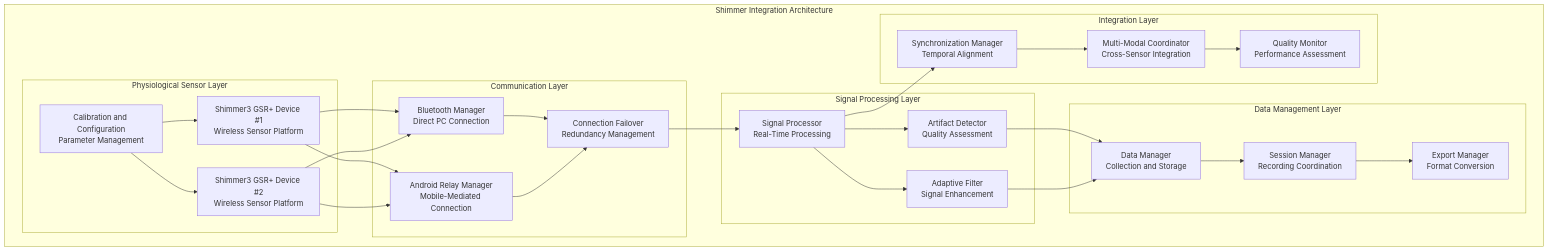
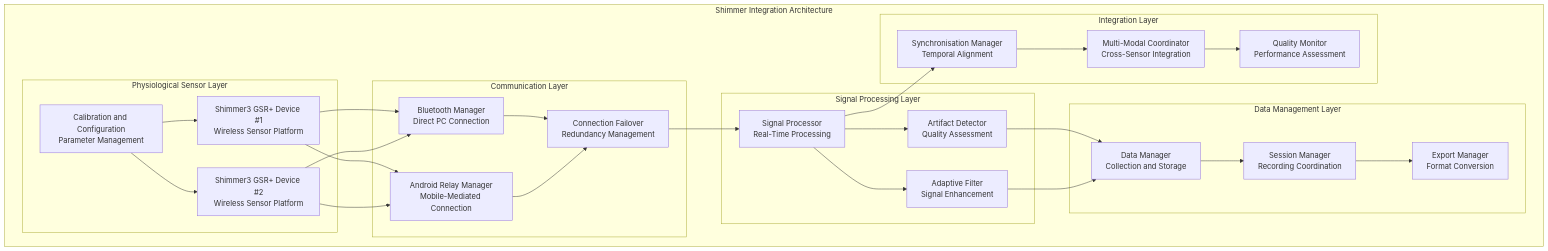
One commit to buccancs/fyp-multi-sensor-recording-system changed the diagram in docs/module_deep_dive/shimmer_integration_readme.md. Above: the diagram before and after it, drawn with Mermaid. The commit also changed other lines of this file and 56 other files, not shown here.

````diff
--- a/docs/module_deep_dive/shimmer_integration_readme.md
+++ b/docs/module_deep_dive/shimmer_integration_readme.md
@@ -66,58 +66,58 @@
 ```mermaid
 graph TB
     subgraph "Shimmer Integration Architecture"
         subgraph "Physiological Sensor Layer"
             S1[Shimmer3 GSR+ Device #1<br/>Wireless Sensor Platform]
             S2[Shimmer3 GSR+ Device #2<br/>Wireless Sensor Platform]
             CAL[Calibration and Configuration<br/>Parameter Management]
         end
         
         subgraph "Communication Layer"
             BT[Bluetooth Manager<br/>Direct PC Connection]
             ARM[Android Relay Manager<br/>Mobile-Mediated Connection]
             CF[Connection Failover<br/>Redundancy Management]
         end
         
         subgraph "Signal Processing Layer"
             SP[Signal Processor<br/>Real-Time Processing]
             AD[Artifact Detector<br/>Quality Assessment]
             AF[Adaptive Filter<br/>Signal Enhancement]
         end
         
         subgraph "Data Management Layer"
             DM[Data Manager<br/>Collection and Storage]
             SM[Session Manager<br/>Recording Coordination]
             EM[Export Manager<br/>Format Conversion]
         end
         
         subgraph "Integration Layer"
-            SYNC[Synchronization Manager<br/>Temporal Alignment]
+            SYNC[Synchronisation Manager<br/>Temporal Alignment]
             MM[Multi-Modal Coordinator<br/>Cross-Sensor Integration]
             QM[Quality Monitor<br/>Performance Assessment]
         end
     end
     
     S1 --> BT
     S1 --> ARM
     S2 --> BT
     S2 --> ARM
     
     BT --> CF
     ARM --> CF
     CF --> SP
     
     SP --> AD
     SP --> AF
     AD --> DM
     AF --> DM
     
     DM --> SM
     SM --> EM
     
     SP --> SYNC
     SYNC --> MM
     MM --> QM
     
     CAL --> S1
     CAL --> S2
 ```
````
